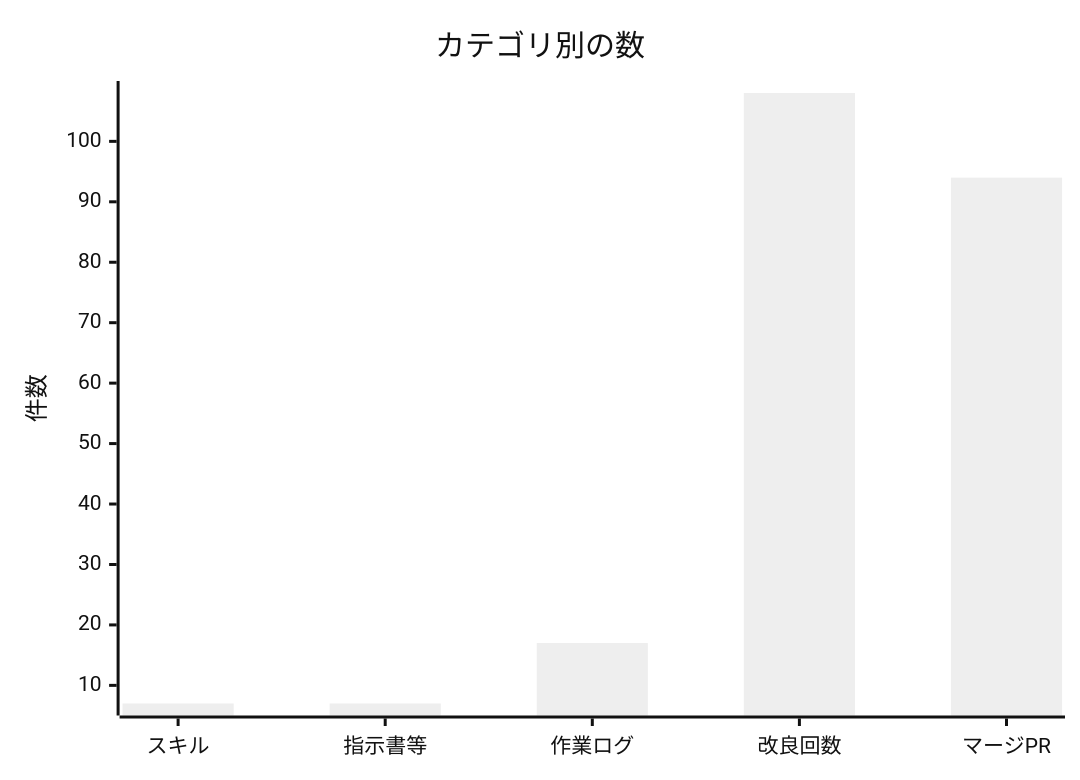
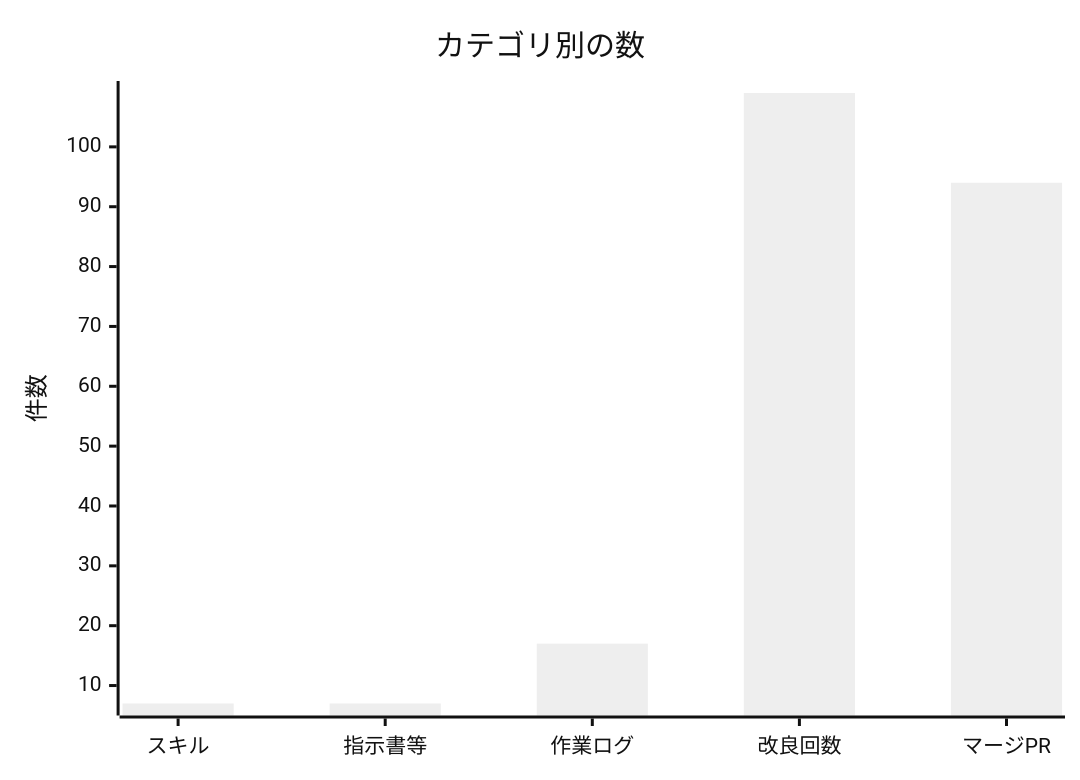
The second of 2 diagrams in docs/進化レポート.md (non-x2/non-x2), drawn with Mermaid (neutral theme) before and after one commit. The commit also changed other lines of this file and 1 other file, not shown here.

````diff
--- a/docs/進化レポート.md
+++ b/docs/進化レポート.md
@@ -33,7 +33,7 @@
 ```mermaid
 xychart-beta
     title "カテゴリ別の数"
     x-axis ["スキル", "指示書等", "作業ログ", "改良回数", "マージPR"]
     y-axis "件数"
-    bar [7, 7, 17, 108, 94]
+    bar [7, 7, 17, 109, 94]
 ```
````
